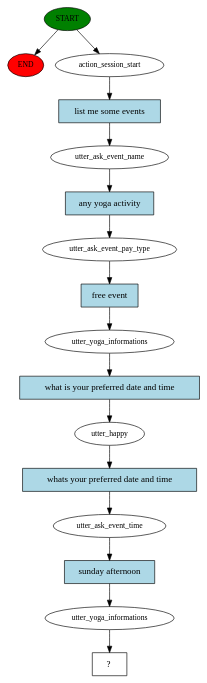
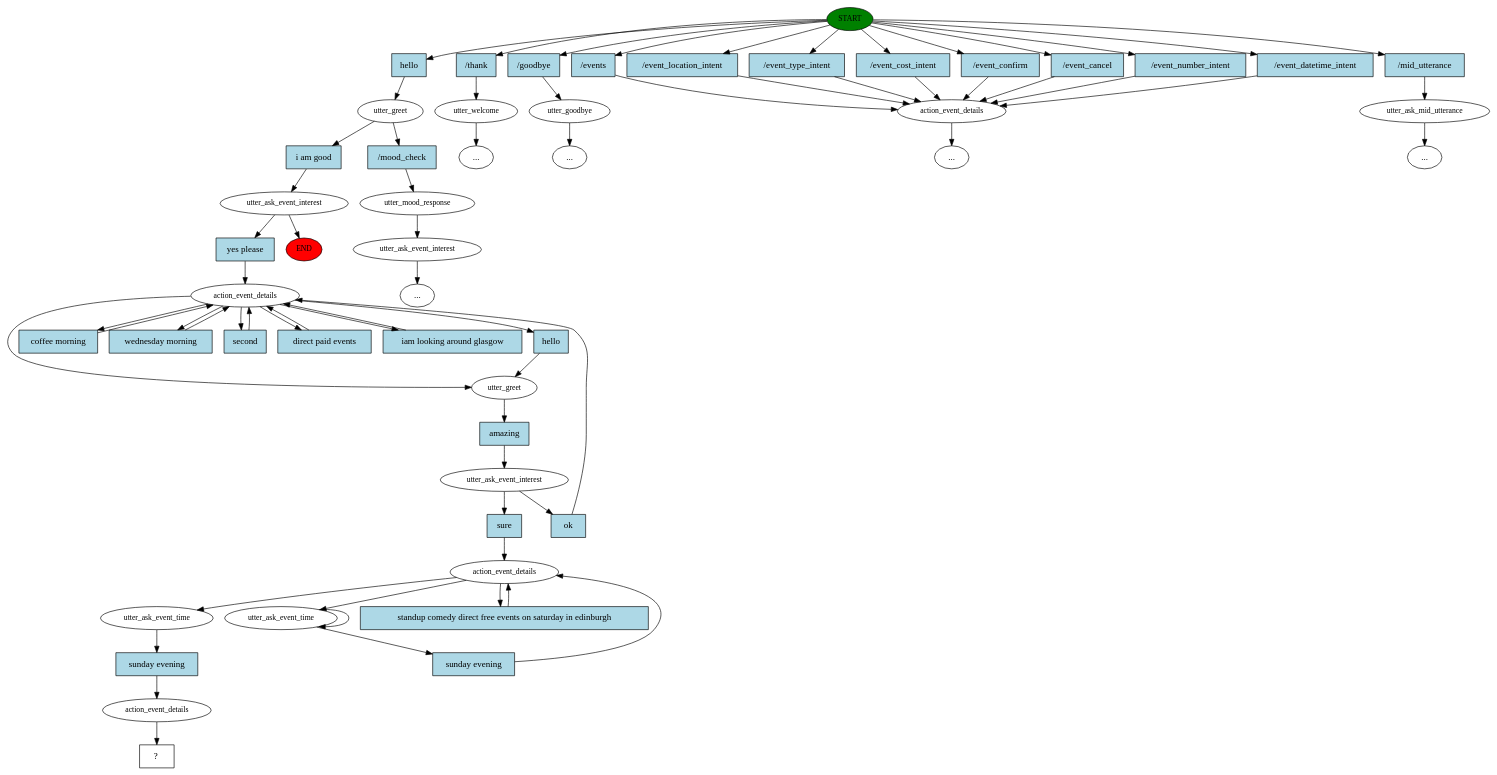
The diagram in story_graph.dot (aarthi237/alana-for-eldercare), drawn with Graphviz before and after one commit. The commit also changed 8 other files, not shown here.

```diff
--- a/story_graph.dot
+++ b/story_graph.dot
@@ -1,33 +1,118 @@
 digraph  {
 0 [class="start active", fillcolor=green, fontsize=12, label=START, style=filled];
 "-1" [class=end, fillcolor=red, fontsize=12, label=END, style=filled];
-1 [class=active, fontsize=12, label=action_session_start];
-2 [class=active, fontsize=12, label=utter_ask_event_name];
-3 [class=active, fontsize=12, label=utter_ask_event_pay_type];
-4 [class=active, fontsize=12, label=utter_yoga_informations];
-5 [class=active, fontsize=12, label=utter_happy];
-6 [class=active, fontsize=12, label=utter_ask_event_time];
-7 [class=active, fontsize=12, label=utter_yoga_informations];
-8 [class="intent dashed active", label="  ?  ", shape=rect];
-9 [class="intent active", fillcolor=lightblue, label="list me some events", shape=rect, style=filled];
-10 [class="intent active", fillcolor=lightblue, label="any yoga activity", shape=rect, style=filled];
-11 [class="intent active", fillcolor=lightblue, label="free event", shape=rect, style=filled];
-12 [class="intent active", fillcolor=lightblue, label="what is your preferred date and time", shape=rect, style=filled];
-13 [class="intent active", fillcolor=lightblue, label="whats your preferred date and time", shape=rect, style=filled];
-14 [class="intent active", fillcolor=lightblue, label="sunday afternoon", shape=rect, style=filled];
-0 -> "-1"  [class="", key=NONE, label=""];
-0 -> 1  [class=active, key=NONE, label=""];
-1 -> 9  [class=active, key=0];
-2 -> 10  [class=active, key=0];
-3 -> 11  [class=active, key=0];
-4 -> 12  [class=active, key=0];
-5 -> 13  [class=active, key=0];
-6 -> 14  [class=active, key=0];
-7 -> 8  [class=active, key=NONE, label=""];
-9 -> 2  [class=active, key=0];
-10 -> 3  [class=active, key=0];
-11 -> 4  [class=active, key=0];
-12 -> 5  [class=active, key=0];
-13 -> 6  [class=active, key=0];
-14 -> 7  [class=active, key=0];
+1 [class=active, fontsize=12, label=utter_greet];
+2 [class=active, fontsize=12, label=utter_ask_event_interest];
+4 [class="", fontsize=12, label=utter_mood_response];
+5 [class="", fontsize=12, label=utter_ask_event_interest];
+"-3" [class=ellipsis, label="..."];
+6 [class="", fontsize=12, label=utter_welcome];
+"-4" [class=ellipsis, label="..."];
+7 [class="", fontsize=12, label=utter_goodbye];
+"-5" [class=ellipsis, label="..."];
+8 [class="", fontsize=12, label=action_event_details];
+"-13" [class=ellipsis, label="..."];
+16 [class="", fontsize=12, label=utter_ask_mid_utterance];
+"-14" [class=ellipsis, label="..."];
+19 [class=active, fontsize=12, label=action_event_details];
+24 [class=active, fontsize=12, label=utter_greet];
+25 [class=active, fontsize=12, label=utter_ask_event_interest];
+33 [class=active, fontsize=12, label=action_event_details];
+34 [class=active, fontsize=12, label=utter_ask_event_time];
+38 [class=active, fontsize=12, label=utter_ask_event_time];
+39 [class=active, fontsize=12, label=action_event_details];
+40 [class="intent dashed active", label="  ?  ", shape=rect];
+41 [class="intent active", fillcolor=lightblue, label=hello, shape=rect, style=filled];
+42 [class=intent, fillcolor=lightblue, label="/thank", shape=rect, style=filled];
+43 [class=intent, fillcolor=lightblue, label="/goodbye", shape=rect, style=filled];
+44 [class=intent, fillcolor=lightblue, label="/events", shape=rect, style=filled];
+45 [class=intent, fillcolor=lightblue, label="/event_location_intent", shape=rect, style=filled];
+46 [class=intent, fillcolor=lightblue, label="/event_type_intent", shape=rect, style=filled];
+47 [class=intent, fillcolor=lightblue, label="/event_cost_intent", shape=rect, style=filled];
+48 [class=intent, fillcolor=lightblue, label="/event_confirm", shape=rect, style=filled];
+49 [class=intent, fillcolor=lightblue, label="/event_cancel", shape=rect, style=filled];
+50 [class=intent, fillcolor=lightblue, label="/event_number_intent", shape=rect, style=filled];
+51 [class=intent, fillcolor=lightblue, label="/event_datetime_intent", shape=rect, style=filled];
+52 [class=intent, fillcolor=lightblue, label="/mid_utterance", shape=rect, style=filled];
+53 [class="intent active", fillcolor=lightblue, label="i am good", shape=rect, style=filled];
+54 [class=intent, fillcolor=lightblue, label="/mood_check", shape=rect, style=filled];
+55 [class="intent active", fillcolor=lightblue, label="yes please", shape=rect, style=filled];
+56 [class="intent active", fillcolor=lightblue, label="coffee morning", shape=rect, style=filled];
+57 [class="intent active", fillcolor=lightblue, label="wednesday morning", shape=rect, style=filled];
+58 [class="intent active", fillcolor=lightblue, label=second, shape=rect, style=filled];
+59 [class="intent active", fillcolor=lightblue, label="direct paid events", shape=rect, style=filled];
+60 [class="intent active", fillcolor=lightblue, label="iam looking around glasgow", shape=rect, style=filled];
+61 [class="intent active", fillcolor=lightblue, label=hello, shape=rect, style=filled];
+62 [class="intent active", fillcolor=lightblue, label=amazing, shape=rect, style=filled];
+63 [class="intent active", fillcolor=lightblue, label=sure, shape=rect, style=filled];
+64 [class="intent active", fillcolor=lightblue, label=ok, shape=rect, style=filled];
+65 [class="intent active", fillcolor=lightblue, label="standup comedy direct free events on saturday in edinburgh", shape=rect, style=filled];
+66 [class="intent active", fillcolor=lightblue, label="sunday evening", shape=rect, style=filled];
+67 [class="intent active", fillcolor=lightblue, label="sunday evening", shape=rect, style=filled];
+0 -> 41  [class=active, key=0];
+0 -> 42  [class="", key=0];
+0 -> 43  [class="", key=0];
+0 -> 44  [class="", key=0];
+0 -> 45  [class="", key=0];
+0 -> 46  [class="", key=0];
+0 -> 47  [class="", key=0];
+0 -> 48  [class="", key=0];
+0 -> 49  [class="", key=0];
+0 -> 50  [class="", key=0];
+0 -> 51  [class="", key=0];
+0 -> 52  [class="", key=0];
+1 -> 53  [class=active, key=0];
+1 -> 54  [class="", key=0];
+2 -> "-1"  [class="", key=NONE, label=""];
+2 -> 55  [class=active, key=0];
+4 -> 5  [class="", key=NONE, label=""];
+5 -> "-3"  [class="", key=NONE, label=""];
+6 -> "-4"  [class="", key=NONE, label=""];
+7 -> "-5"  [class="", key=NONE, label=""];
+8 -> "-13"  [class="", key=NONE, label=""];
+16 -> "-14"  [class="", key=NONE, label=""];
+19 -> 24  [class=active, key=NONE, label=""];
+19 -> 56  [class=active, key=0];
+19 -> 57  [class=active, key=0];
+19 -> 58  [class=active, key=0];
+19 -> 59  [class=active, key=0];
+19 -> 60  [class=active, key=0];
+19 -> 61  [class=active, key=0];
+24 -> 62  [class=active, key=0];
+25 -> 63  [class=active, key=0];
+25 -> 64  [class=active, key=0];
+33 -> 34  [class=active, key=NONE, label=""];
+33 -> 38  [class=active, key=NONE, label=""];
+33 -> 65  [class=active, key=0];
+34 -> 34  [class=active, key=NONE, label=""];
+34 -> 66  [class=active, key=0];
+38 -> 67  [class=active, key=0];
+39 -> 40  [class=active, key=NONE, label=""];
+41 -> 1  [class=active, key=0];
+42 -> 6  [class="", key=0];
+43 -> 7  [class="", key=0];
+44 -> 8  [class="", key=0];
+45 -> 8  [class="", key=0];
+46 -> 8  [class="", key=0];
+47 -> 8  [class="", key=0];
+48 -> 8  [class="", key=0];
+49 -> 8  [class="", key=0];
+50 -> 8  [class="", key=0];
+51 -> 8  [class="", key=0];
+52 -> 16  [class="", key=0];
+53 -> 2  [class=active, key=0];
+54 -> 4  [class="", key=0];
+55 -> 19  [class=active, key=0];
+56 -> 19  [class=active, key=0];
+57 -> 19  [class=active, key=0];
+58 -> 19  [class=active, key=0];
+59 -> 19  [class=active, key=0];
+60 -> 19  [class=active, key=0];
+61 -> 24  [class=active, key=0];
+62 -> 25  [class=active, key=0];
+63 -> 33  [class=active, key=0];
+64 -> 19  [class=active, key=0];
+65 -> 33  [class=active, key=0];
+66 -> 33  [class=active, key=0];
+67 -> 39  [class=active, key=0];
 }
```
